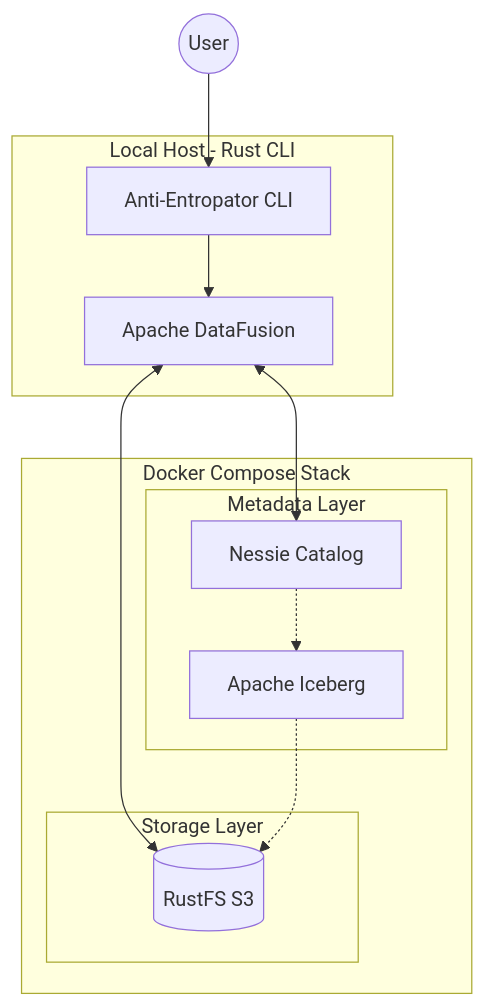
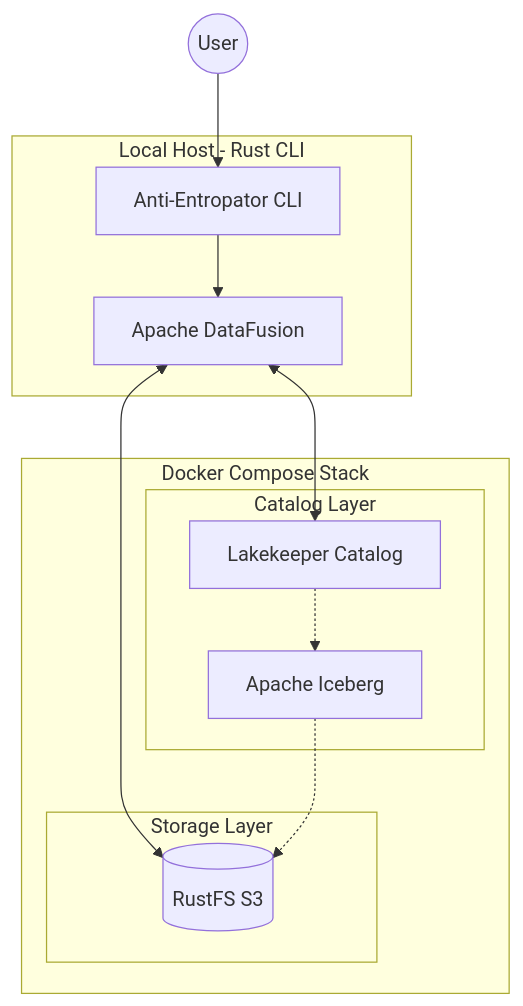
One commit to sm4rtm4art/anti_entropator changed the diagram in README.md. Above: the diagram before and after it, drawn with Mermaid. The commit also changed other lines of this file and 12 other files, not shown here.

````diff
--- a/README.md
+++ b/README.md
@@ -18,25 +18,25 @@
 ```mermaid
 flowchart TD
     subgraph client [Local Host - Rust CLI]
         CLI[Anti-Entropator CLI]
         DF[Apache DataFusion]
     end
 
     subgraph stack [Docker Compose Stack]
-        subgraph catalog [Metadata Layer]
-            Nessie[Nessie Catalog]
+        subgraph catalog [Catalog Layer]
+            Lakekeeper[Lakekeeper Catalog]
             Iceberg[Apache Iceberg]
         end
 
         subgraph storage [Storage Layer]
             RustFS[(RustFS S3)]
         end
     end
 
     User((User)) --> CLI
     CLI --> DF
     DF <--> RustFS
-    DF <--> Nessie
-    Nessie -.-> Iceberg
+    DF <--> Lakekeeper
+    Lakekeeper -.-> Iceberg
     Iceberg -.-> RustFS
 ```
````
